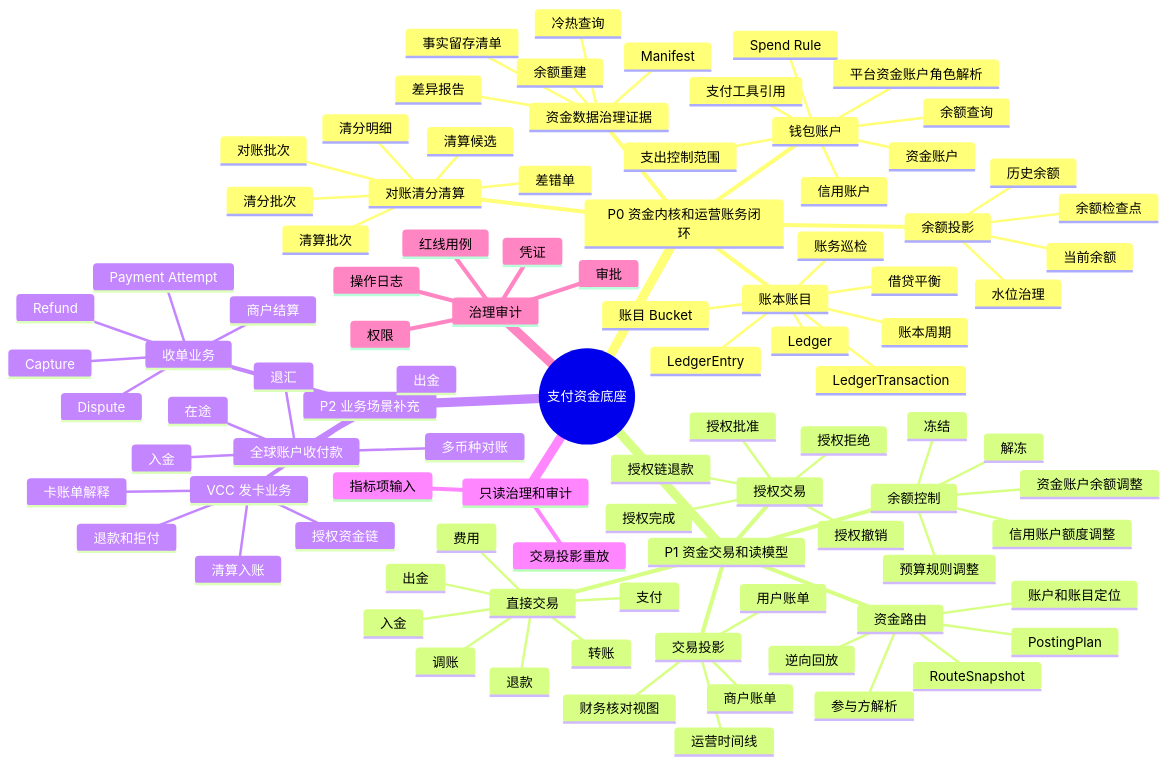
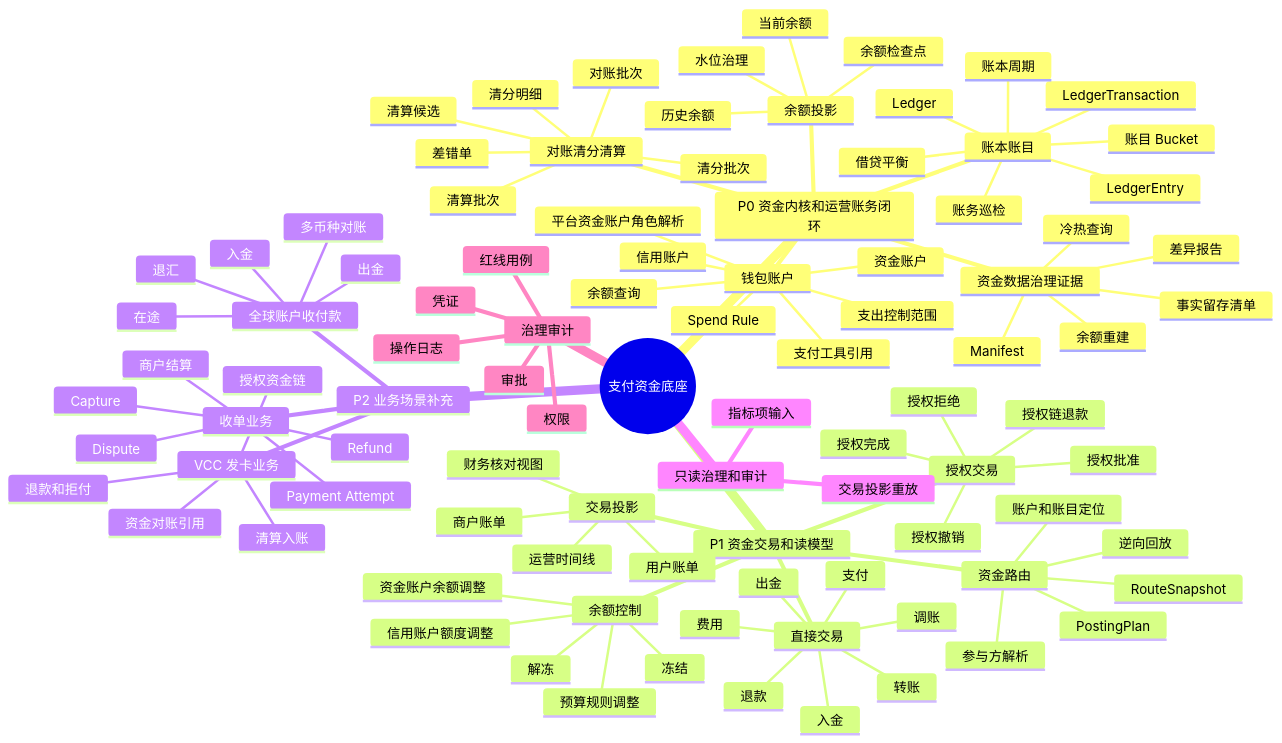
One commit to fengwuxp/wind-funds changed the third of 9 diagrams in docs/产品设计/01-PRD总览.md. Above: the diagram before and after it, drawn with Mermaid. The commit also changed other lines of this file and 134 other files, not shown here.

```diff
--- a/docs/产品设计/01-PRD总览.md
+++ b/docs/产品设计/01-PRD总览.md
@@ -433,7 +433,7 @@
         授权资金链
         清算入账
         退款和拒付
-        卡账单解释
+        资金对账引用
       全球账户收付款
         入金
         出金
```
